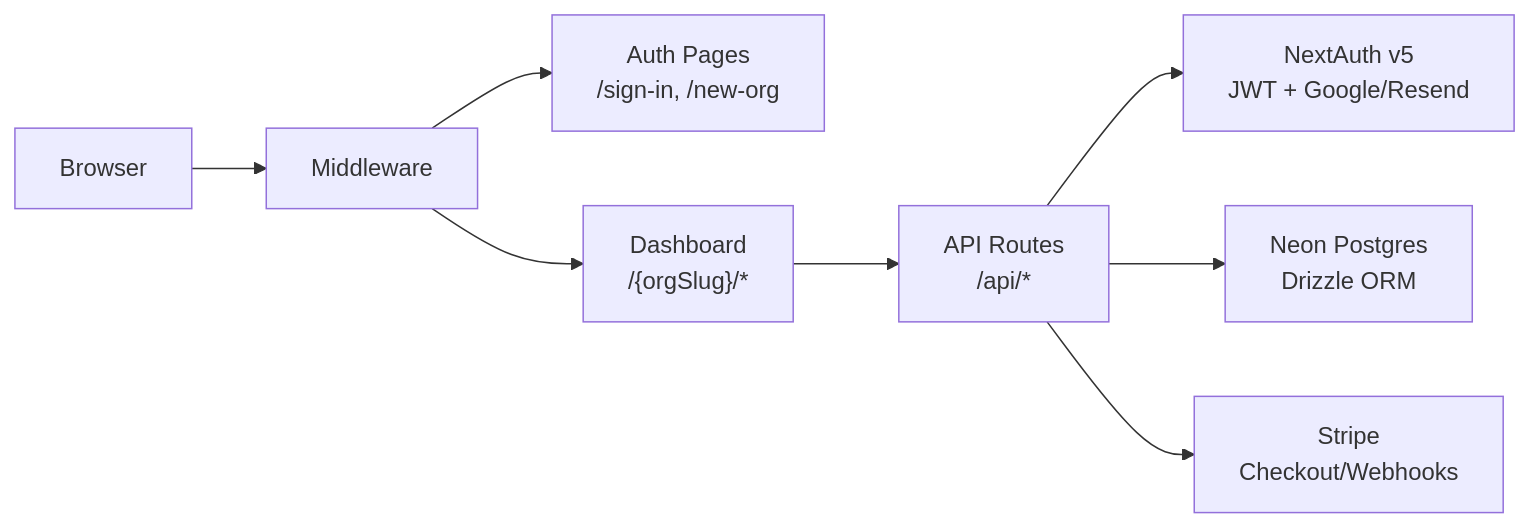
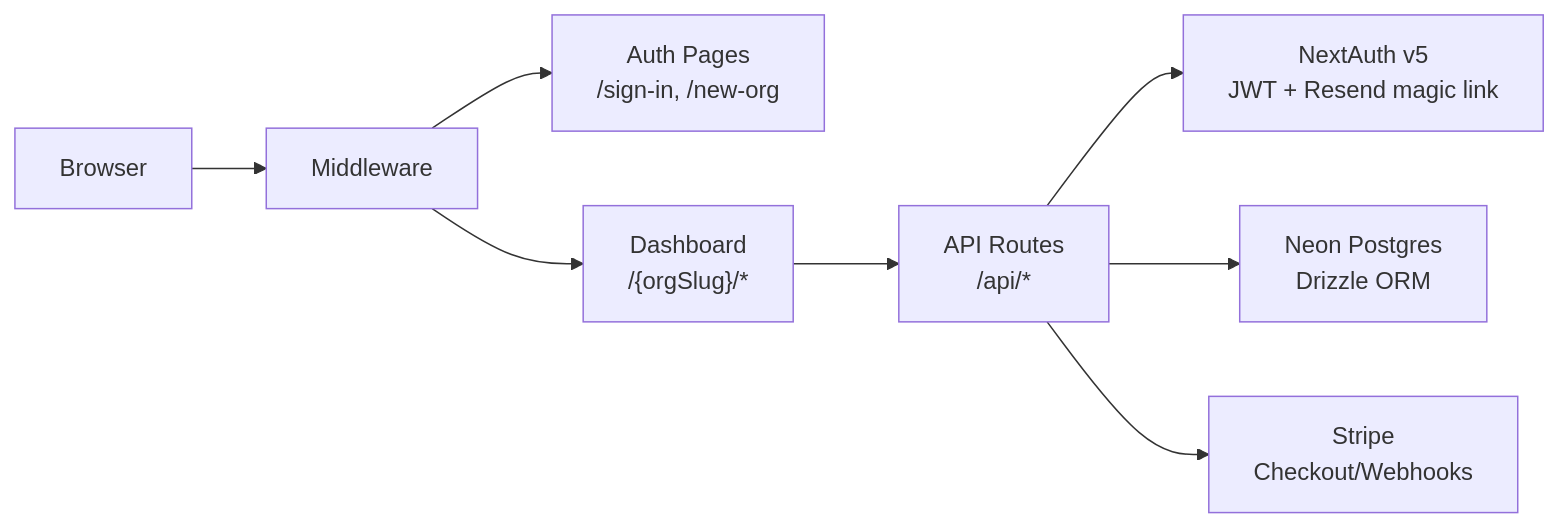
One commit to dataforaction-tom/mycelia changed the second of 2 diagrams in STATE.md. Above: the diagram before and after it, drawn with Mermaid. The commit also changed other lines of this file and 3 other files, not shown here.

First line of the commit message:
Remove Google sign-in — magic link is the only way in

````diff
--- a/STATE.md
+++ b/STATE.md
@@ -73,10 +73,10 @@
 ```mermaid
 flowchart LR
     Browser --> Middleware
     Middleware --> AuthPages["Auth Pages\n/sign-in, /new-org"]
     Middleware --> Dashboard["Dashboard\n/{orgSlug}/*"]
     Dashboard --> API["API Routes\n/api/*"]
-    API --> Auth["NextAuth v5\nJWT + Google/Resend"]
+    API --> Auth["NextAuth v5\nJWT + Resend magic link"]
     API --> DB["Neon Postgres\nDrizzle ORM"]
     API --> Stripe["Stripe\nCheckout/Webhooks"]
 ```
````
